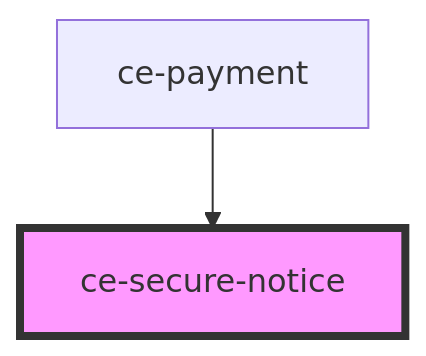
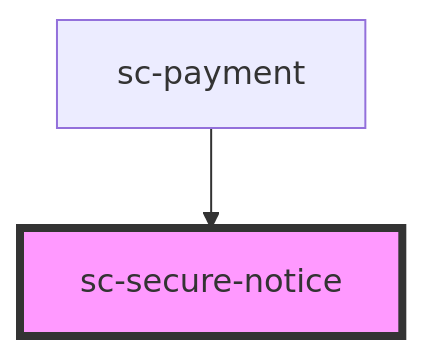
Before and after one commit to surecart/surecart-wp-plugin: the diagram in packages/components/src/components/ui/secure-notice/readme.md, drawn with Mermaid. The commit also changed other lines of this file and 1281 other files, not shown here.

````diff
--- a/packages/components/src/components/ui/secure-notice/readme.md
+++ b/packages/components/src/components/ui/secure-notice/readme.md
@@ -24,5 +24,5 @@
 ```mermaid
 graph TD;
-  ce-payment --> ce-secure-notice
-  style ce-secure-notice fill:#f9f,stroke:#333,stroke-width:4px
+  sc-payment --> sc-secure-notice
+  style sc-secure-notice fill:#f9f,stroke:#333,stroke-width:4px
 ```
````
